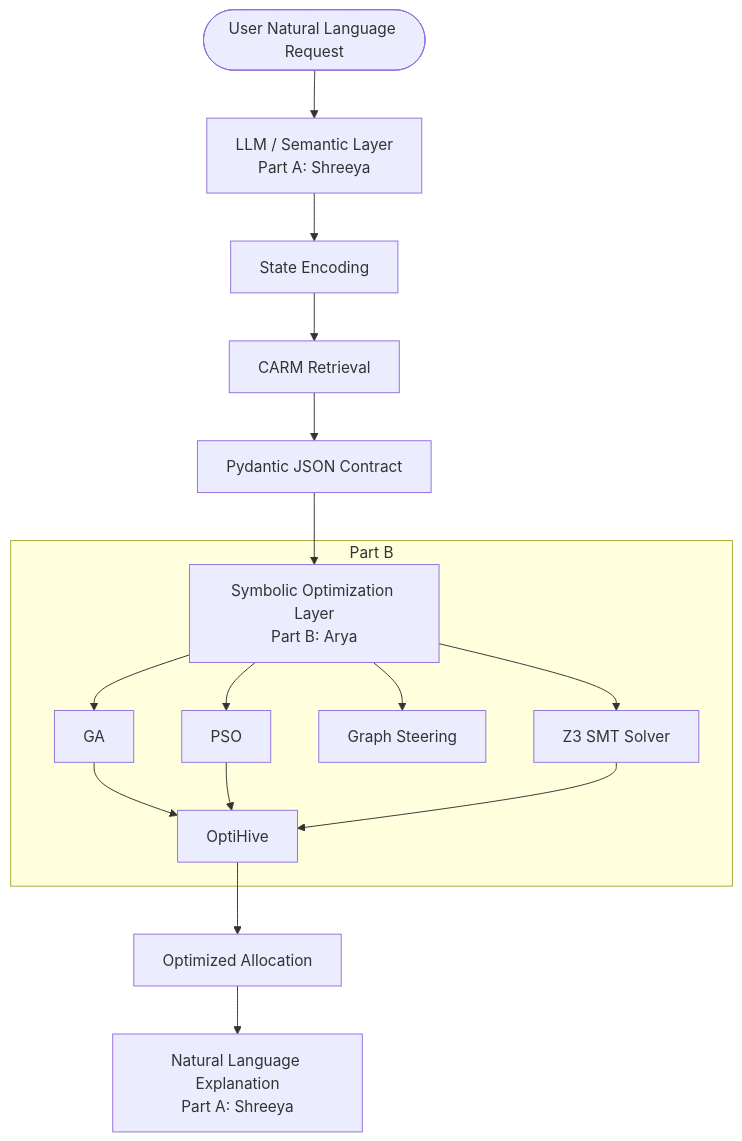
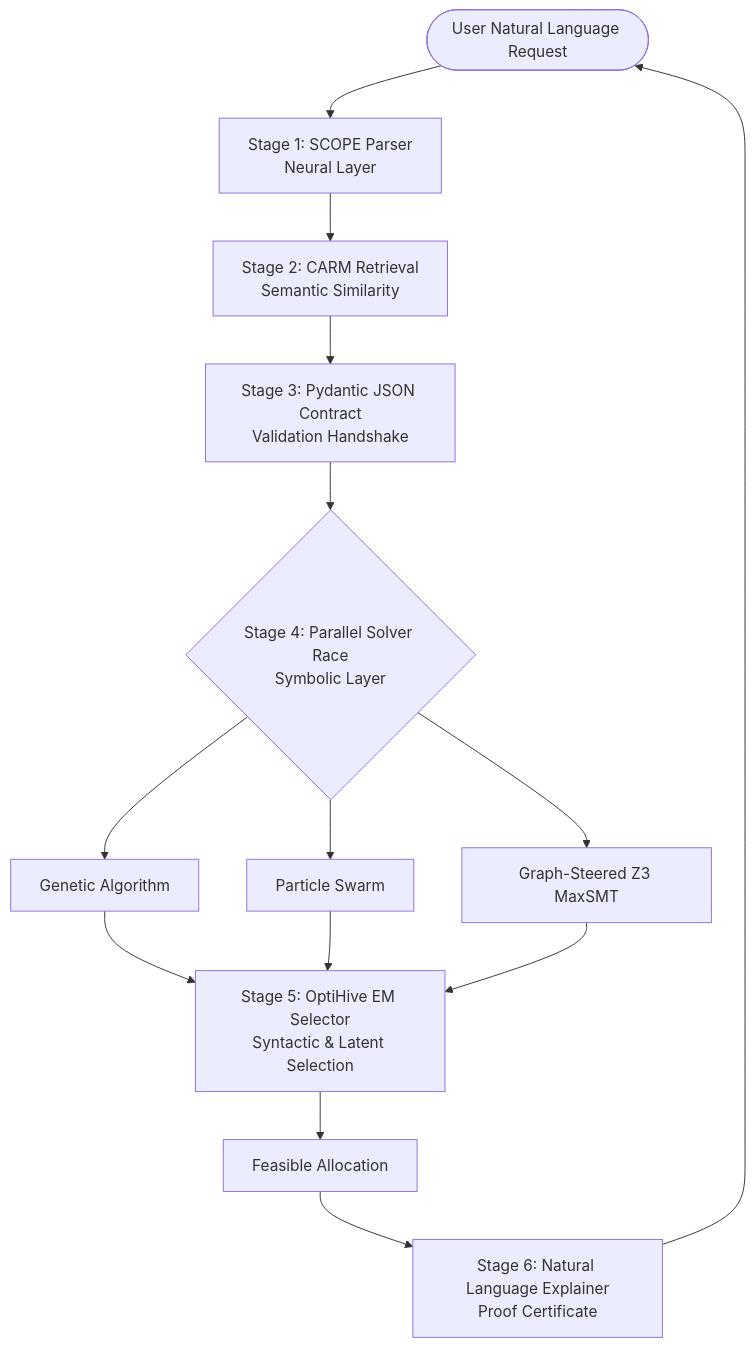
The diagram in README.md (Aryasurya12/neuro-symbolic-orchestrator), drawn with Mermaid before and after one commit. The commit also changed other lines of this file, not shown here.

````diff
--- a/README.md
+++ b/README.md
@@ -28,22 +60,19 @@
 ```mermaid
 flowchart TD
-    User([User Natural Language Request]) --> LLM[LLM / Semantic Layer<br/>Part A: Shreeya]
-    LLM --> StateEnc[State Encoding]
-    StateEnc --> CARM[CARM Retrieval]
-    CARM --> Pydantic[Pydantic JSON Contract]
-    Pydantic --> SymLayer[Symbolic Optimization Layer<br/>Part B: Arya]
+    User([User Natural Language Request]) --> SCOPE[Stage 1: SCOPE Parser<br>Neural Layer]
+    SCOPE --> CARM[Stage 2: CARM Retrieval<br>Semantic Similarity]
+    CARM --> Contract[Stage 3: Pydantic JSON Contract<br>Validation Handshake]
+    Contract --> Race{Stage 4: Parallel Solver Race<br>Symbolic Layer}
     
-    subgraph Part B
-        SymLayer --> GA[GA]
-        SymLayer --> PSO[PSO]
-        SymLayer --> Graph[Graph Steering]
-        SymLayer --> Z3[Z3 SMT Solver]
-        
-        GA --> OptiHive[OptiHive]
-        PSO --> OptiHive
-        Z3 --> OptiHive
-    end
+    Race --> GA[Genetic Algorithm]
+    Race --> PSO[Particle Swarm]
+    Race --> Z3[Graph-Steered Z3 MaxSMT]
     
-    OptiHive --> Best[Optimized Allocation]
-    Best --> NL[Natural Language Explanation<br/>Part A: Shreeya]
+    GA --> OptiHive[Stage 5: OptiHive EM Selector<br>Syntactic & Latent Selection]
+    PSO --> OptiHive
+    Z3 --> OptiHive
+    
+    OptiHive --> Best[Feasible Allocation]
+    Best --> NL[Stage 6: Natural Language Explainer<br>Proof Certificate]
+    NL --> User
 ```
````
